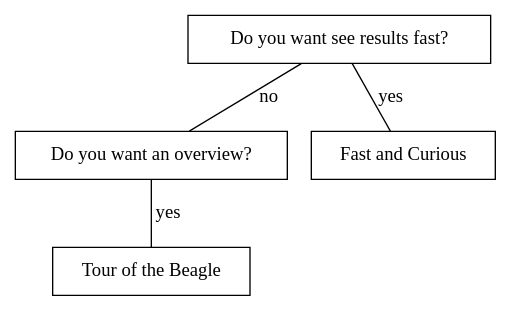
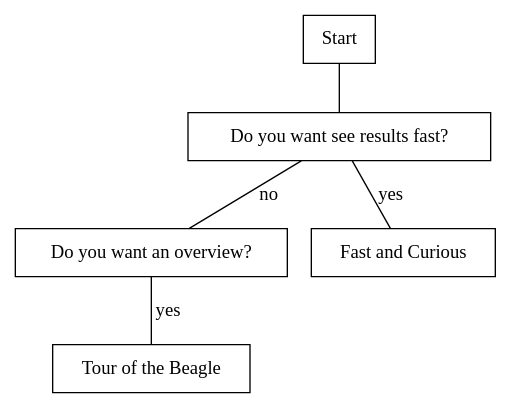
The diagram in graphviz/flowchart.dot (darwins-challenge/fly-me-to-the-moon), drawn with Graphviz before and after one commit. The commit also changed 1 other file, not shown here.

Commit message:
Have a clear start
The flowchart should have a clear start

```diff
--- a/graphviz/flowchart.dot
+++ b/graphviz/flowchart.dot
@@ -1,12 +1,15 @@
 strict graph {
        node [ shape = rectangle ]
-       start [ label = "Do you want see results fast?" ]
+
+       start [ label = "Start" ]
+       gofast [ label = "Do you want see results fast?" ]
        overview [ label = "Do you want an overview?" ] 
 
        beagle [ label = "Tour of the Beagle" ]
        fast [ label = "Fast and Curious" ]
 
-       start -- fast [ label = "yes" ]
-       start -- overview [ label = "no" ]
+       start -- gofast
+       gofast -- fast [ label = "yes" ]
+       gofast -- overview [ label = "no" ]
        overview -- beagle [ label = "yes" ]
 }
```
